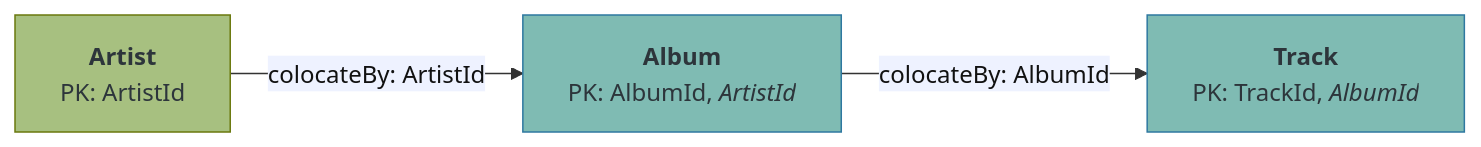
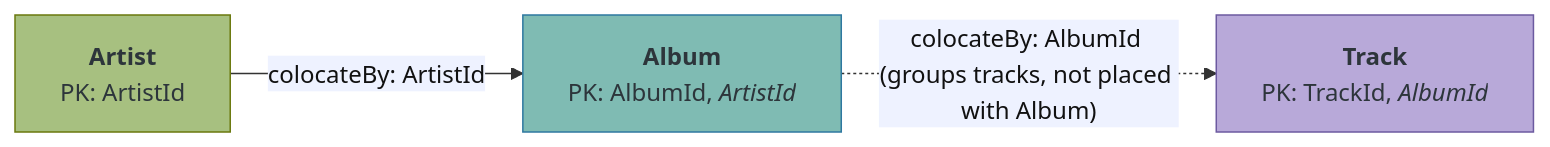
One commit to mariadb-corporation/mariadb-docs changed the first of 4 diagrams in gridgain9/gridgain9-tutorials/schema-design-for-distributed-sql/schema-java-annotations.md. Above: the diagram before and after it, drawn with Mermaid. The commit also changed other lines of this file and 30 other files, not shown here.

````diff
--- a/gridgain9/gridgain9-tutorials/schema-design-for-distributed-sql/schema-java-annotations.md
+++ b/gridgain9/gridgain9-tutorials/schema-design-for-distributed-sql/schema-java-annotations.md
@@ -493,15 +502,15 @@
 ```mermaid
 %%{init: {"themeVariables": {"edgeLabelBackground": "#eef2ff"}}}%%
 graph LR
     Artist["<b>Artist</b><br/>PK: ArtistId"]
     Album["<b>Album</b><br/>PK: AlbumId, <i>ArtistId</i>"]
     Track["<b>Track</b><br/>PK: TrackId, <i>AlbumId</i>"]
 
     Artist -- "colocateBy: ArtistId" --> Album
-    Album -- "colocateBy: AlbumId" --> Track
+    Album -. "colocateBy: AlbumId (groups tracks, not placed with Album)" .-> Track
 
     style Artist fill:#A7C080,stroke:#6a780d,color:#2D353B
     style Album fill:#7FBBB3,stroke:#2e78a0,color:#2D353B
-    style Track fill:#7FBBB3,stroke:#2e78a0,color:#2D353B
+    style Track fill:#B8A9D9,stroke:#6c5aa0,color:#2D353B
     linkStyle default color:#111111
 ```
````
